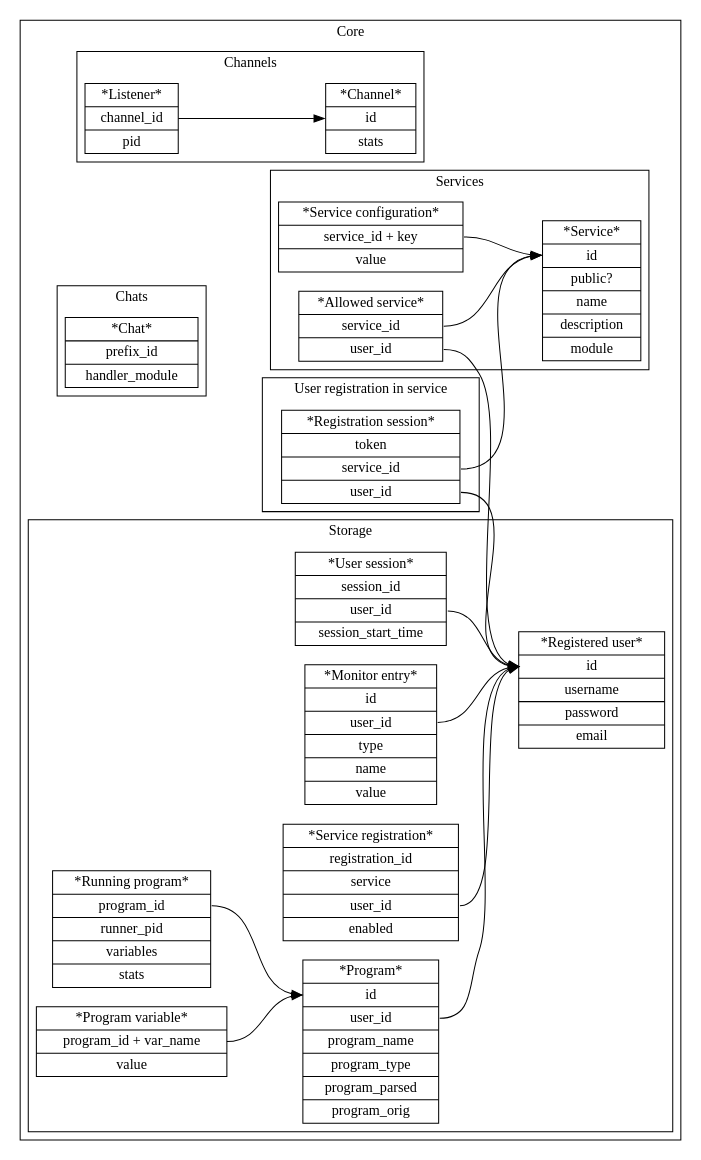
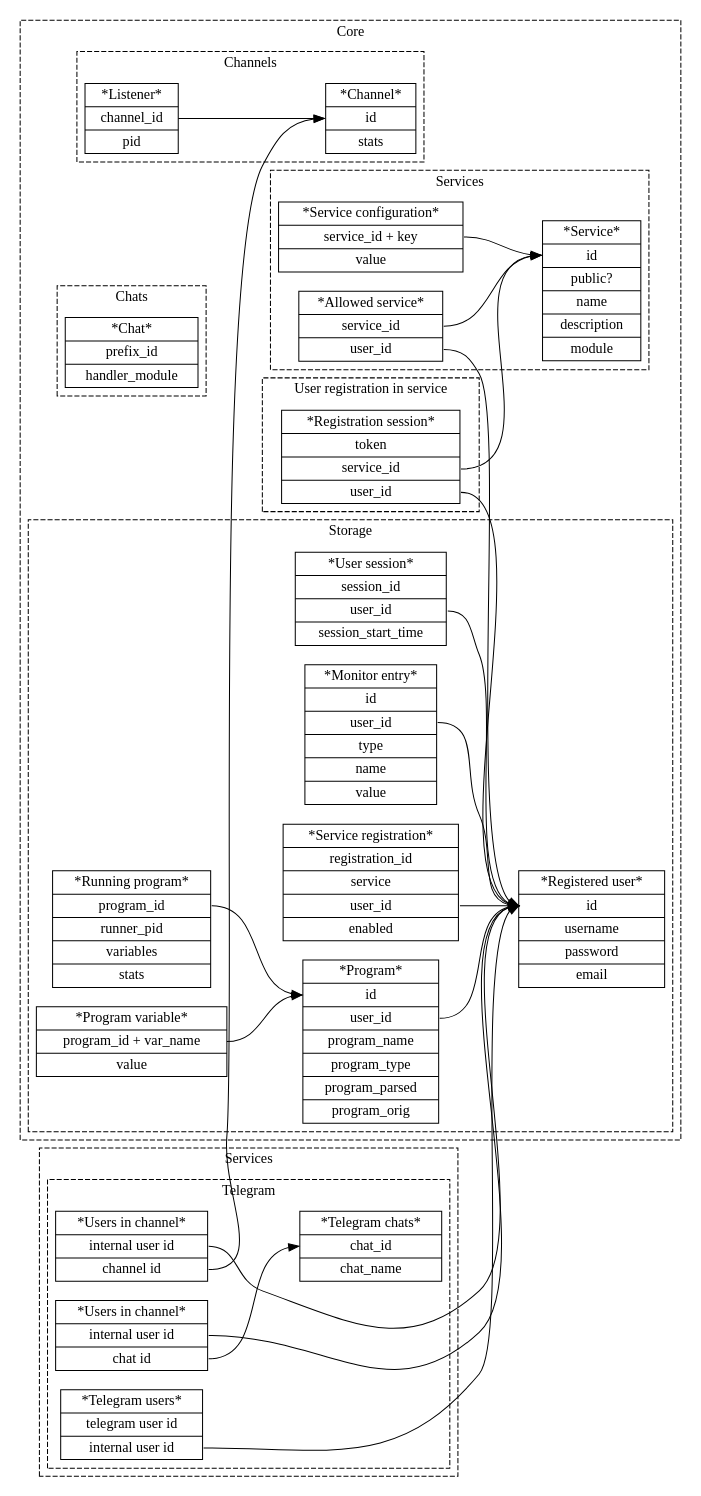
The diagram in docs/diagrams/db-model.gv (programaker-project/Programaker-Core), drawn with Graphviz before and after one commit.

Commit message:
Add telegram service DB schema.

```diff
--- a/docs/diagrams/db-model.gv
+++ b/docs/diagrams/db-model.gv
@@ -1,84 +1,110 @@
 digraph g {
     rankdir=LR
     node[shape=record];
+        style=dashed;
 
     subgraph cluster_core {
         label="Core";
 
         subgraph cluster_core_storage {
             label="Storage";
 
             // REGISTERED_USERS_TABLE | automate_registered_users
             registered_user_entry[label="*Registered user* | <pk> id | username | password | email"];
 
             // USER_SESSIONS_TABLE | automate_user_sessions
             user_session_entry[label="*User session* | <pk> session_id | <f0> user_id | session_start_time"];
 
             user_session_entry:f0 -> registered_user_entry:pk;
 
             // USER_MONITORS_TABLE | automate_user_monitors
             monitor_entry[label="*Monitor entry* | <pk> id | <f0> user_id | type | name | value"];
 
             monitor_entry:f0 -> registered_user_entry:pk;
 
             // USER_PROGRAMS_TABLE | automate_user_programs
             user_program_entry[label="*Program* | <pk> id | <f0> user_id | program_name | program_type | program_parsed | program_orig"];
             user_program_entry:f0 -> registered_user_entry:pk;
 
             // RUNNING_PROGRAMS_TABLE | automate_running_programs
             running_program_entry[label="*Running program*| <f0> program_id | runner_pid | variables | stats"];
             running_program_entry:f0 -> user_program_entry:pk;
 
             // REGISTERED_SERVICES_TABLE | automate_registered_services
             registered_service_entry[label="*Service registration* | <pk> registration_id | <f0> service |  <f1> user_id | enabled"];
             registered_service_entry:f1 -> registered_user_entry:pk;
 
             // PROGRAM_VARIABLE_TABLE | automate_program_variable_table
             program_variable_table_entry[label="*Program variable* | <f0> program_id + var_name | value"];
             program_variable_table_entry:f0 -> user_program_entry:pk;  // Not sure if user program or running program
         }
 
         subgraph cluster_core_channels {
             label="Channels";
 
             // LIVE_CHANNELS_TABLE | automate_channel_engine_live_channels_table
             live_channels_table_entry[label="*Channel* | <pk> id | stats"];
 
             // LISTENERS_TABLE | automate_channel_engine_listeners_table
             listeners_table_entry[label="*Listener*| <f0> channel_id | pid"];
             listeners_table_entry -> live_channels_table_entry:pk;
         }
 
         subgraph cluster_core_chats {
             label="Chats";
 
             // CHAT_HANDLER_MODULE_TABLE | automate_chat_handler_module_table
             chat_handler_module_entry[label="*Chat* | <pk> prefix_id | handler_module"];
         }
 
         subgraph cluster_core_services {
             label="Services";
 
             // SERVICE_REGISTRY_TABLE | automate_service_registry_services_table
             services_table_entry[label="*Service* | <pk> id | public? | name | description | module"];
 
             // USER_SERVICE_ALLOWANCE_TABLE | automate_service_registry_user_service_allowance_table
             user_service_allowance_entry[label="*Allowed service*| <f0> service_id | <f1> user_id"];
             user_service_allowance_entry:f0 -> services_table_entry:pk;
             user_service_allowance_entry:f1 -> registered_user_entry:pk;
 
             // SERVICE_CONFIGURATION_TABLE | automate_service_registry_service_configuration_table
             service_configuration_entry[label="*Service configuration* | <pk> service_id + key | value "];
             service_configuration_entry:pk -> services_table_entry:pk;
         }
 
         subgraph cluster_core_user_service_registration {
             label="User registration in service";
 
             // SERVICE_REGISTRATION_TOKEN_TABLE | automate_service_registration_token_table
             service_registration_token[label="*Registration session* | <pk> token | <f0> service_id | <f1> user_id"];
             service_registration_token:f0 -> services_table_entry:pk;
             service_registration_token:f1 -> registered_user_entry:pk;
         }
+    }
+
+    subgraph cluster_services {
+        label="Services";
+
+        subgraph cluster_services_telegram {
+            label="Telegram";
+
+            // TELEGRAM_SERVICE_REGISTRATION_TABLE | automate_telegram_service_registration_table
+            telegram_service_registration_entry[label="*Telegram users* | <pk> telegram user id | <f0> internal user id"];
+            telegram_service_registration_entry:f0 -> registered_user_entry:pk;
+           
+            // TELEGRAM_SERVICE_CHATS_KNOWN_TABLE | automate_telegram_service_chats_known_table
+            telegram_service_known_chat_entry[label="*Telegram chats*| <pk> chat_id | chat_name"];
+
+            // TELEGRAM_SERVICE_USER_CHANNEL_TABLE | automate_telegram_service_user_channel_table
+            telegram_service_user_channel_entry[label="*Users in channel*| <f0> internal user id| <f1> channel id"];
+            telegram_service_user_channel_entry:f0 -> registered_user_entry:pk;
+            telegram_service_user_channel_entry:f1 -> live_channels_table_entry:pk;
+
+            // TELEGRAM_SERVICE_CHATS_MEMBERS_TABLE | automate_telegram_service_chats_members_table
+            telegram_service_chat_member_entry[label="*Users in channel*| <f0> internal user id| <f1> chat id"];
+            telegram_service_chat_member_entry:f0 -> registered_user_entry:pk;
+            telegram_service_chat_member_entry:f1 -> telegram_service_known_chat_entry:pk;
+       }
    }
 }
```
